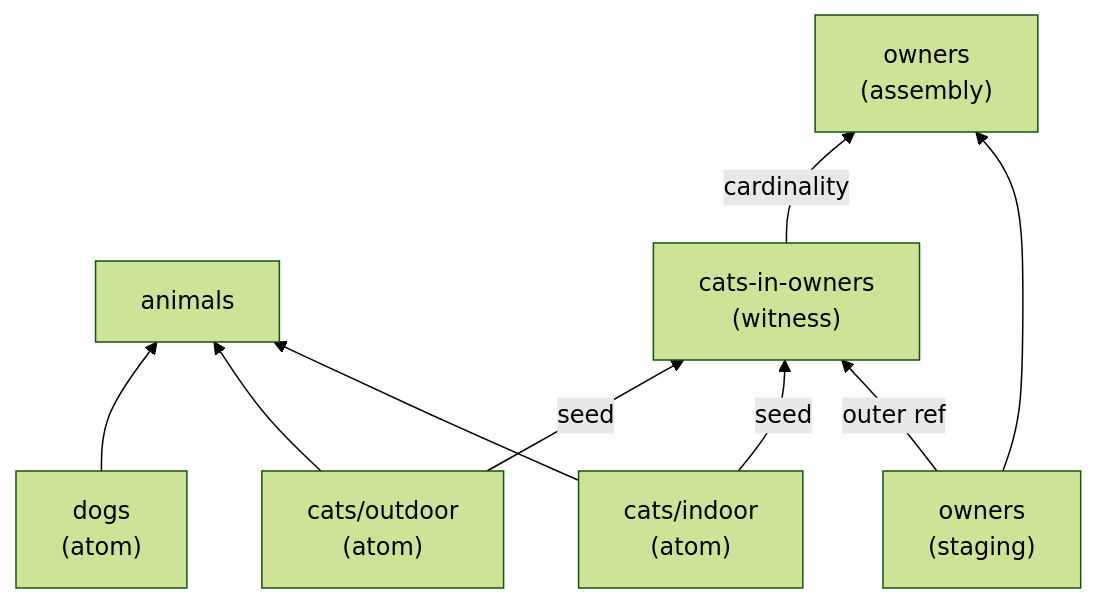
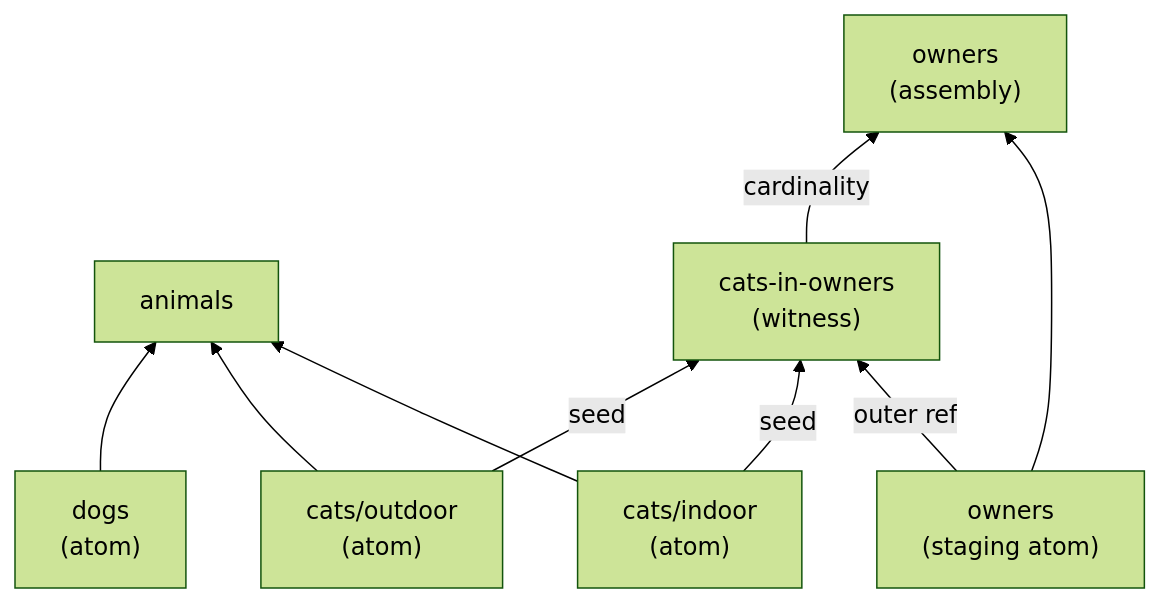
One commit to alsenz/fakeset changed the fifth of 5 diagrams in specs/REFRAME-1.md. Above: the diagram before and after it, drawn with Mermaid (forest theme). The commit also changed other lines of this file and 2 other files, not shown here.

````diff
--- a/specs/REFRAME-1.md
+++ b/specs/REFRAME-1.md
@@ -404,12 +426,12 @@
 ```mermaid
 graph BT
     cats_in["cats/indoor\n(atom)"] --> animals["animals"]
     cats_out["cats/outdoor\n(atom)"] --> animals
     dogs["dogs\n(atom)"] --> animals
-    owners_staging["owners\n(staging)"] --> owners_asm["owners\n(assembly)"]
+    owners_staging["owners\n(staging atom)"] --> owners_asm["owners\n(assembly)"]
     cats_foreign["cats-in-owners\n(witness)"]
     owners_staging -->|"outer ref"| cats_foreign
     cats_in -->|"seed"| cats_foreign
     cats_out -->|"seed"| cats_foreign
     cats_foreign -->|"cardinality"| owners_asm
 ```
````
